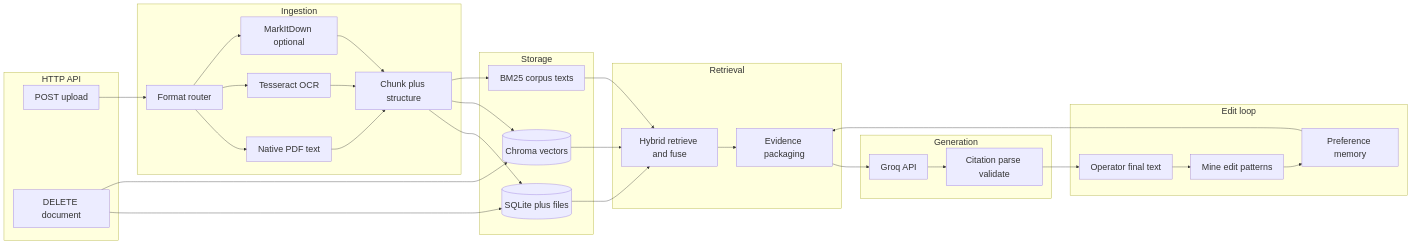
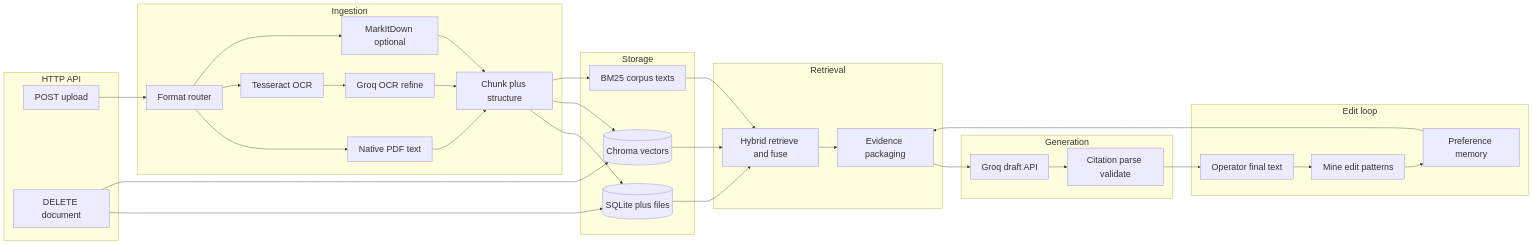
The diagram in docs/diagrams/architecture.mmd (Kabbya04/Gravitas), drawn with Mermaid before and after one commit. The commit also changed 14 other files, not shown here.

Commit message:
ocrRefine step implemented

```diff
--- a/docs/diagrams/architecture.mmd
+++ b/docs/diagrams/architecture.mmd
@@ -1,53 +1,55 @@
 %%{init: {'themeVariables': {'fontSize': '24px', 'fontFamily': 'ui-sans-serif, system-ui, sans-serif'}}}%%
 flowchart LR
   subgraph api [HTTP API]
     Upload[POST upload]
     Delete[DELETE document]
   end
   subgraph ingest [Ingestion]
     Router[Format router]
     Native[Native PDF text]
     OCR[Tesseract OCR]
+    OcrRefine[Groq OCR refine]
     MD[MarkItDown optional]
     Chunk[Chunk plus structure]
   end
   subgraph store [Storage]
     DB[(SQLite plus files)]
     Vec[(Chroma vectors)]
     Lex[BM25 corpus texts]
   end
   subgraph retrieve [Retrieval]
     Hybrid[Hybrid retrieve and fuse]
     Pack[Evidence packaging]
   end
   subgraph gen [Generation]
-    Groq[Groq API]
+    Groq[Groq draft API]
     Parse[Citation parse validate]
   end
   subgraph learn [Edit loop]
     Capture[Operator final text]
     Mine[Mine edit patterns]
     Mem[Preference memory]
   end
   Upload --> Router
   Router --> Native
   Router --> OCR
   Router --> MD
   Native --> Chunk
-  OCR --> Chunk
+  OCR --> OcrRefine
+  OcrRefine --> Chunk
   MD --> Chunk
   Chunk --> DB
   Chunk --> Vec
   Chunk --> Lex
   Vec --> Hybrid
   Lex --> Hybrid
   DB --> Hybrid
   Hybrid --> Pack
   Pack --> Groq
   Groq --> Parse
   Parse --> Capture
   Capture --> Mine
   Mine --> Mem
   Mem --> Pack
   Delete --> DB
   Delete --> Vec
```
